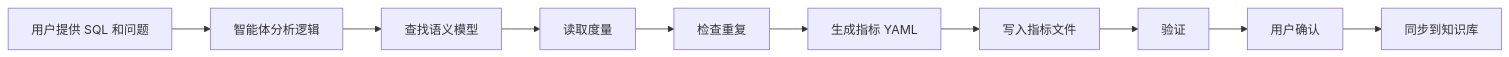
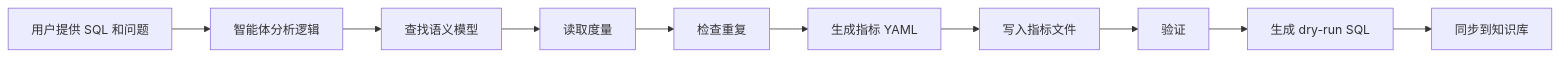
One commit to Datus-ai/Datus-agent changed the third of 8 diagrams in docs/subagent/builtin_subagents.zh.md. Above: the diagram before and after it, drawn with Mermaid. The commit also changed other lines of this file and 11 other files, not shown here.

````diff
--- a/docs/subagent/builtin_subagents.zh.md
+++ b/docs/subagent/builtin_subagents.zh.md
@@ -369,12 +331,12 @@
 ```mermaid
 graph LR
     A[用户提供 SQL 和问题] --> B[智能体分析逻辑]
     B --> C[查找语义模型]
     C --> D[读取度量]
     D --> E[检查重复]
     E --> F[生成指标 YAML]
     F --> G[写入指标文件]
     G --> H[验证]
-    H --> I[用户确认]
+    H --> I[生成 dry-run SQL]
     I --> J[同步到知识库]
 ```
````
